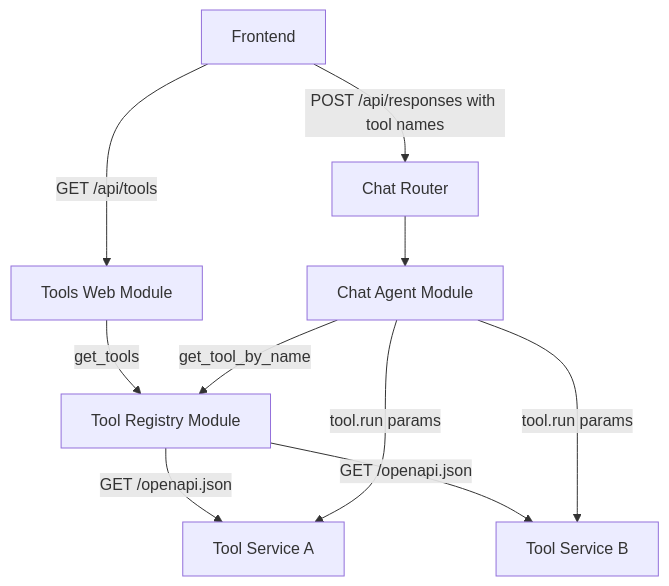
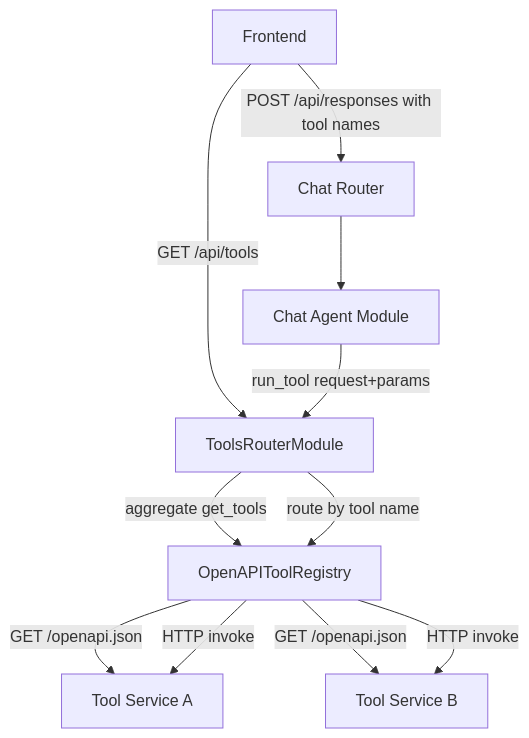
Before and after one commit to modAI-systems/modAI-chat: the diagram in backend/omni/docs/architecture/tools.md, drawn with Mermaid. The commit also changed other lines of this file and 24 other files, not shown here.

````diff
--- a/backend/omni/docs/architecture/tools.md
+++ b/backend/omni/docs/architecture/tools.md
@@ -119,12 +120,13 @@
 ```mermaid
 flowchart TD
-    FE[Frontend] -->|GET /api/tools| TW[Tools Web Module]
-    TW -->|get_tools| TR[Tool Registry Module]
-    TR -->|GET /openapi.json| TS1[Tool Service A]
-    TR -->|GET /openapi.json| TS2[Tool Service B]
+  FE[Frontend] -->|GET /api/tools| CTR[ToolsRouterModule]
+  CTR -->|aggregate get_tools| TR1[OpenAPIToolRegistry]
+  TR1 -->|GET /openapi.json| TS1[Tool Service A]
+  TR1 -->|GET /openapi.json| TS2[Tool Service B]
     FE -->|POST /api/responses with tool names| CR[Chat Router]
     CR --> CA[Chat Agent Module]
-    CA -->|get_tool_by_name| TR
-    CA -->|tool.run params | TS1
-    CA -->|tool.run params | TS2
+  CA -->|run_tool request+params| CTR
+  CTR -->|route by tool name| TR1
+  TR1 -->|HTTP invoke| TS1
+  TR1 -->|HTTP invoke| TS2
 ```
````
